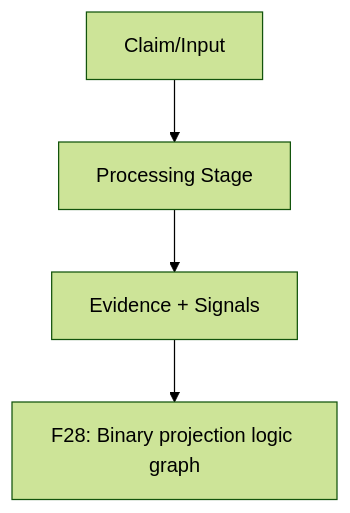
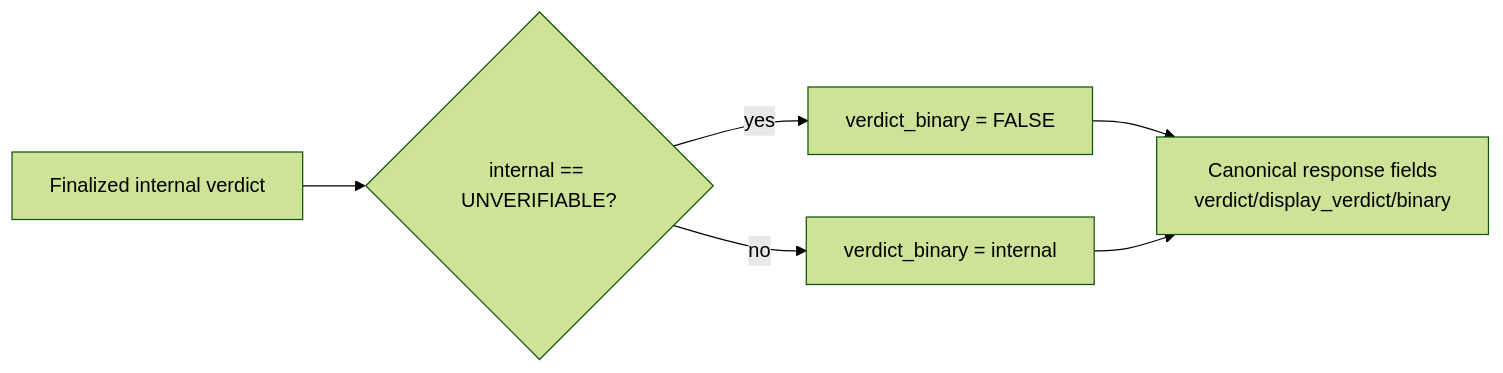
One commit to Luxia-AI/docs changed the second of 8 diagrams in methodology/figures/05-verdict-policy-and-calibration-pack.md. Above: the diagram before and after it, drawn with Mermaid (forest theme). The commit also changed other lines of this file and 9 other files, not shown here.

First line of the commit message:
Refactor methodology figures with updated Mermaid diagrams and enhanced clarity across multiple packs. Key changes include:

````diff
--- a/methodology/figures/05-verdict-policy-and-calibration-pack.md
+++ b/methodology/figures/05-verdict-policy-and-calibration-pack.md
@@ -45,6 +51,9 @@
 ```mermaid
-flowchart TD
-    A[Claim/Input] --> B[Processing Stage]
-    B --> C[Evidence + Signals]
-    C --> D[F28: Binary projection logic graph]
+flowchart LR
+  I[Finalized internal verdict] --> M1{internal == UNVERIFIABLE?}
+  M1 -- yes --> B1[verdict_binary = FALSE]
+  M1 -- no --> B2[verdict_binary = internal]
+  B1 --> O[Canonical response fields
+verdict/display_verdict/binary]
+  B2 --> O
 ```
````
